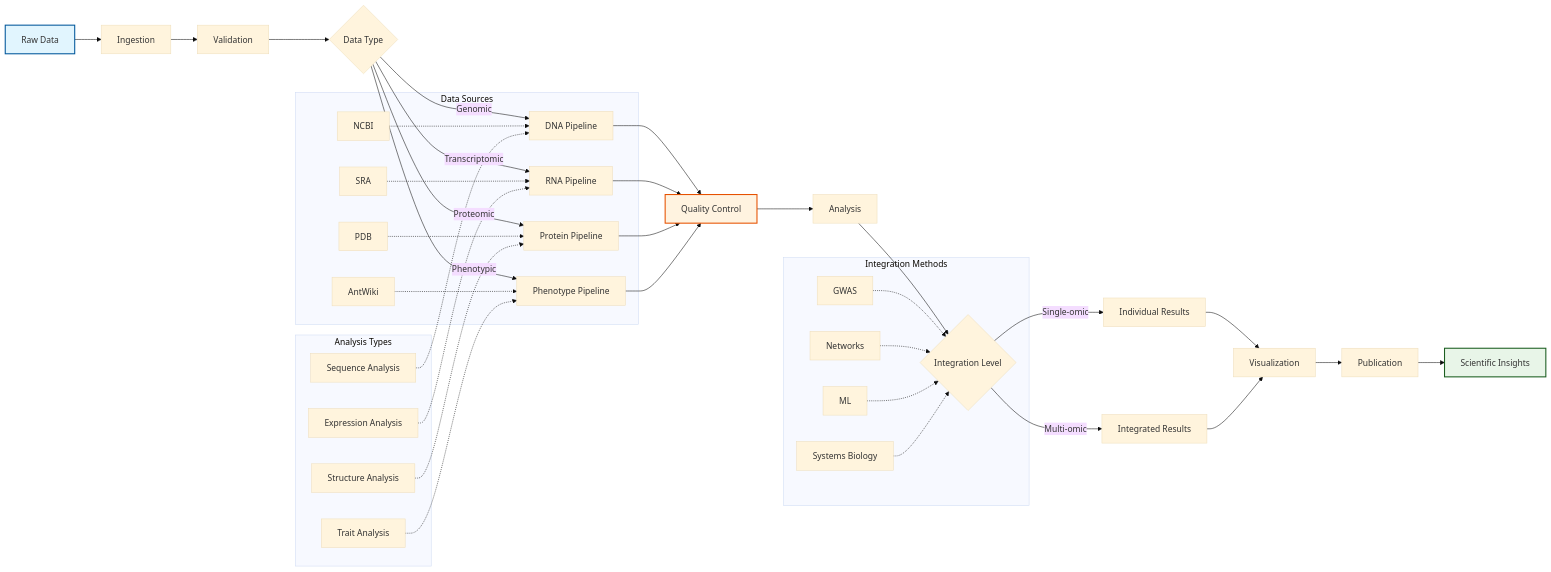
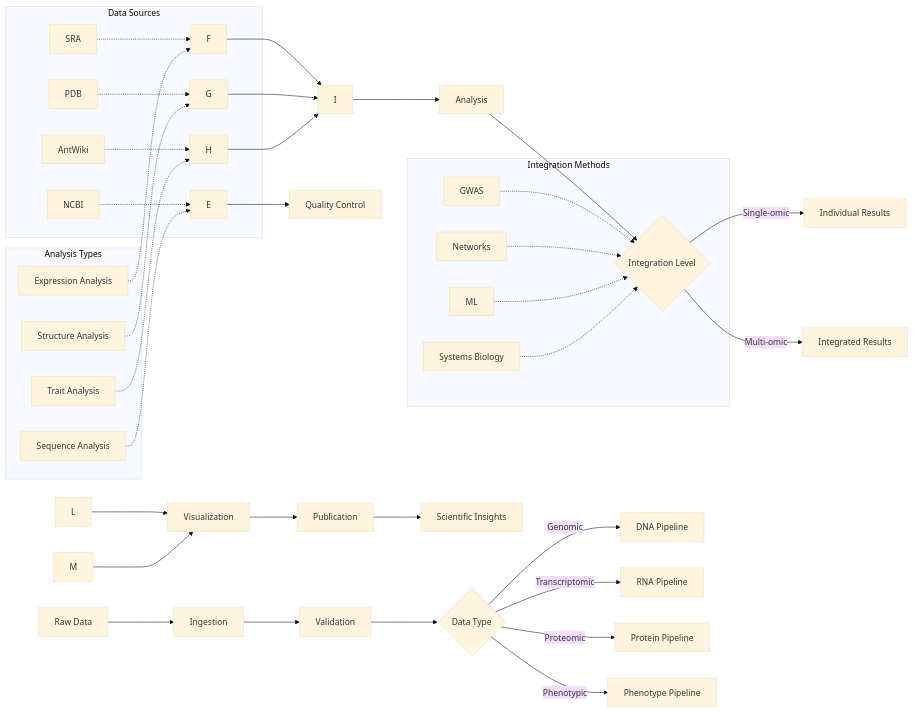
The second of 3 diagrams in docs/index.md (docxology/MetaInformAnt), drawn with Mermaid (base theme) before and after one commit. The commit also changed other lines of this file and 611 other files, not shown here.

````diff
--- a/docs/index.md
+++ b/docs/index.md
@@ -95,53 +92,50 @@
 ```mermaid
 graph LR
-    A[Raw Data] --> B[Ingestion]
+    ArawData[Raw Data] --> B[Ingestion]
     B --> C[Validation]
     C --> D{Data Type}
 
-    D -->|Genomic| E[DNA Pipeline]
-    D -->|Transcriptomic| F[RNA Pipeline]
-    D -->|Proteomic| G[Protein Pipeline]
-    D -->|Phenotypic| H[Phenotype Pipeline]
+    D -->|Genomic| EdnaPipeline[DNA Pipeline]
+    D -->|Transcriptomic| FrnaPipeline[RNA Pipeline]
+    D -->|Proteomic| GproteinPipeline[Protein Pipeline]
+    D -->|Phenotypic| HphenotypePipeline[Phenotype Pipeline]
 
-    E --> I[Quality Control]
+    E --> IqualityControl[Quality Control]
     F --> I
     G --> I
     H --> I
 
     I --> J[Analysis]
     J --> K{Integration Level}
 
-    K -->|Single-omic| L[Individual Results]
-    K -->|Multi-omic| M[Integrated Results]
+    K -->|Single-omic| LindividualResults[Individual Results]
+    K -->|Multi-omic| MintegratedResults[Integrated Results]
 
     L --> N[Visualization]
     M --> N
 
     N --> O[Publication]
-    O --> P[Scientific Insights]
+    O --> PscientificInsights[Scientific Insights]
 
-    style A fill:#e1f5fe,stroke:#01579b,stroke-width:2px
-    style I fill:#fff3e0,stroke:#e65100,stroke-width:2px
-    style P fill:#e8f5e8,stroke:#1b5e20,stroke-width:2px
 
     subgraph "Data Sources"
         Q[NCBI] -.-> E
         R[SRA] -.-> F
         S[PDB] -.-> G
         T[AntWiki] -.-> H
     end
 
     subgraph "Analysis Types"
-        U[Sequence Analysis] -.-> E
-        V[Expression Analysis] -.-> F
-        W[Structure Analysis] -.-> G
-        X[Trait Analysis] -.-> H
+        UsequenceAnalysis[Sequence Analysis] -.-> E
+        VexpressionAnalysis[Expression Analysis] -.-> F
+        WstructureAnalysis[Structure Analysis] -.-> G
+        XtraitAnalysis[Trait Analysis] -.-> H
     end
 
     subgraph "Integration Methods"
         Y[GWAS] -.-> K
         Z[Networks] -.-> K
         AA[ML] -.-> K
-        BB[Systems Biology] -.-> K
+        BBsystemsBiology[Systems Biology] -.-> K
     end
 ```
````
